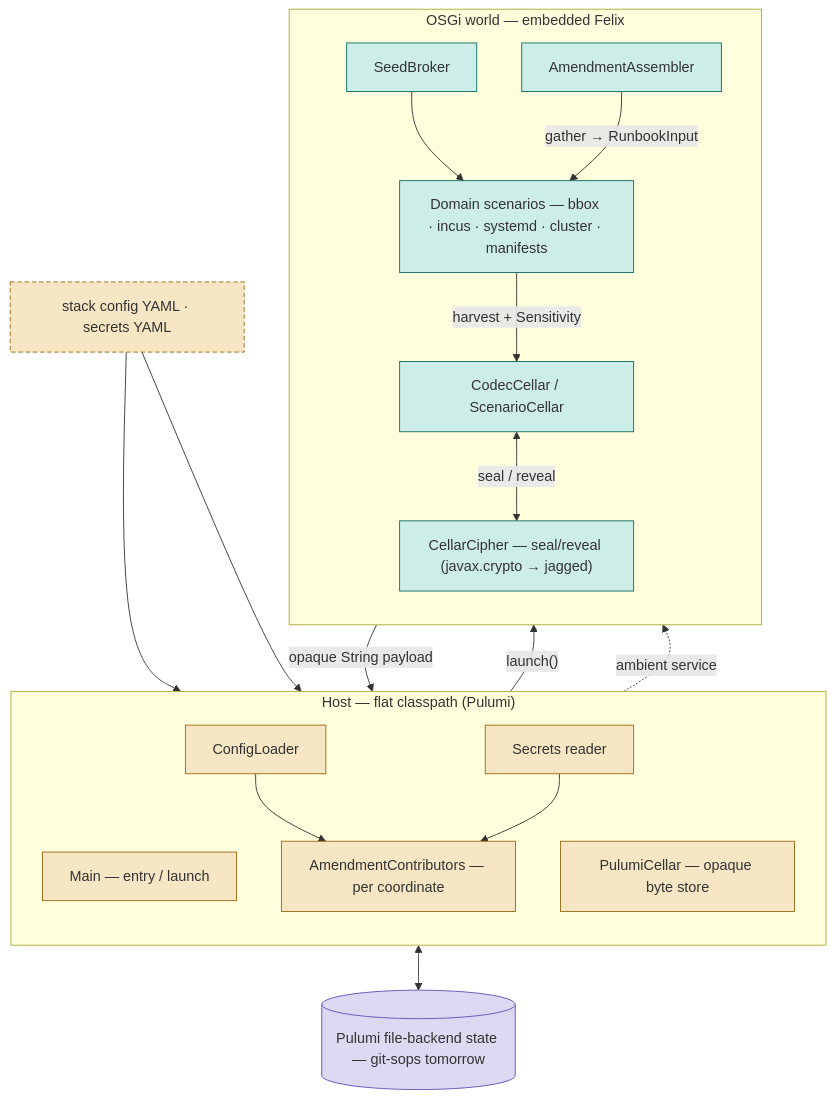
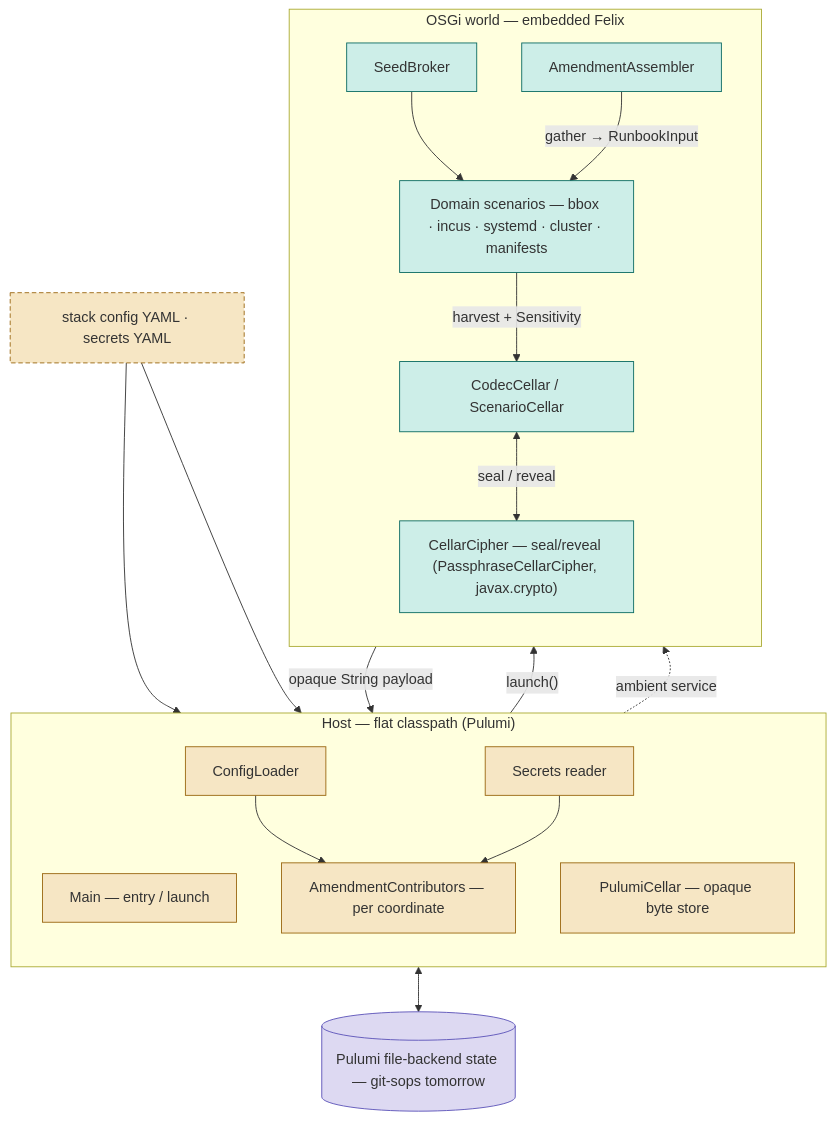
Before and after one commit to seedmatic/rke2lab: the second of 5 diagrams in docs/architecture/atlas/cellar-secrets.adoc, drawn with Mermaid. The commit also changed other lines of this file and 62 other files, not shown here.

```diff
--- a/docs/architecture/atlas/cellar-secrets.adoc
+++ b/docs/architecture/atlas/cellar-secrets.adoc
@@ -112,40 +109,40 @@
 [mermaid]
 ....
 flowchart TB
   src["stack config YAML · secrets YAML"]:::secret
   subgraph HOST["Host — flat classpath (Pulumi)"]
     direction TB
     main["Main — entry / launch"]:::host
     cfg["ConfigLoader"]:::host
     secr["Secrets reader"]:::host
     contr["AmendmentContributors — per coordinate"]:::host
     pc["PulumiCellar — opaque byte store"]:::host
   end
   subgraph OSGI["OSGi world — embedded Felix"]
     direction TB
     broker["SeedBroker"]:::osgi
     asm["AmendmentAssembler"]:::osgi
     doms["Domain scenarios — bbox · incus · systemd · cluster · manifests"]:::osgi
     cc["CodecCellar / ScenarioCellar"]:::osgi
-    cipher["CellarCipher — seal/reveal (javax.crypto → jagged)"]:::osgi
+    cipher["CellarCipher — seal/reveal (PassphraseCellarCipher, javax.crypto)"]:::osgi
   end
   backend[("Pulumi file-backend state — git-sops tomorrow")]:::cellar
 
   src --> cfg
   src --> secr
   cfg --> contr
   secr --> contr
   main -->|"launch()"| broker
   contr -.->|"ambient service"| asm
   broker --> doms
   asm -->|"gather → RunbookInput"| doms
   doms -->|"harvest + Sensitivity"| cc
   cc <-->|"seal / reveal"| cipher
   cc -->|"opaque String payload"| pc
   pc <--> backend
 
   classDef host fill:#f6e6c4,stroke:#9a6710;
   classDef osgi fill:#cdeee8,stroke:#0b6b62;
   classDef secret fill:#f6e6c4,stroke:#9a6710,stroke-dasharray:5 3;
   classDef cellar fill:#ddd9f2,stroke:#5b52b8;
 ....
```
